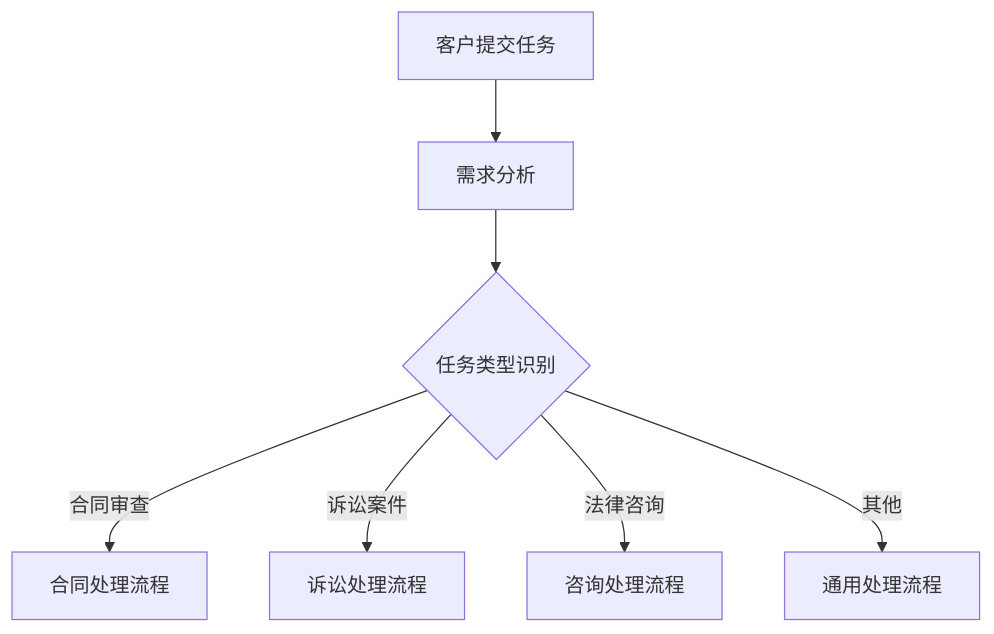
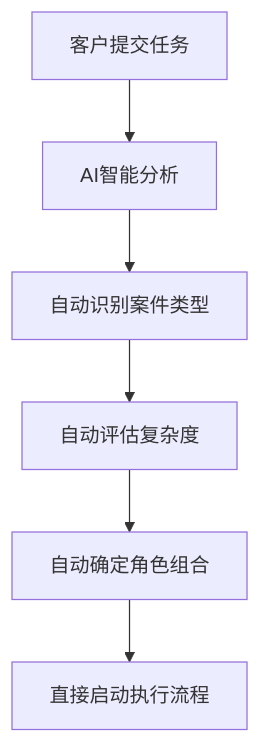
The first of 3 diagrams in resource/role/legal-team-leader/execution/legal-team-coordination.execution.md (jiangxia/.promptx), drawn with Mermaid before and after one commit. The commit also changed other lines of this file and 4 other files, not shown here.

````diff
--- a/resource/role/legal-team-leader/execution/legal-team-coordination.execution.md
+++ b/resource/role/legal-team-leader/execution/legal-team-coordination.execution.md
@@ -35,9 +35,8 @@
     ```mermaid
     flowchart TD
-        A[客户提交任务] --> B[需求分析]
-        B --> C{任务类型识别}
-        C -->|合同审查| D[合同处理流程]
-        C -->|诉讼案件| E[诉讼处理流程]
-        C -->|法律咨询| F[咨询处理流程]
-        C -->|其他| G[通用处理流程]
+        A[客户提交任务] --> B[AI智能分析]
+        B --> C[自动识别案件类型]
+        C --> D[自动评估复杂度]
+        D --> E[自动确定角色组合]
+        E --> F[直接启动执行流程]
     ```
````
